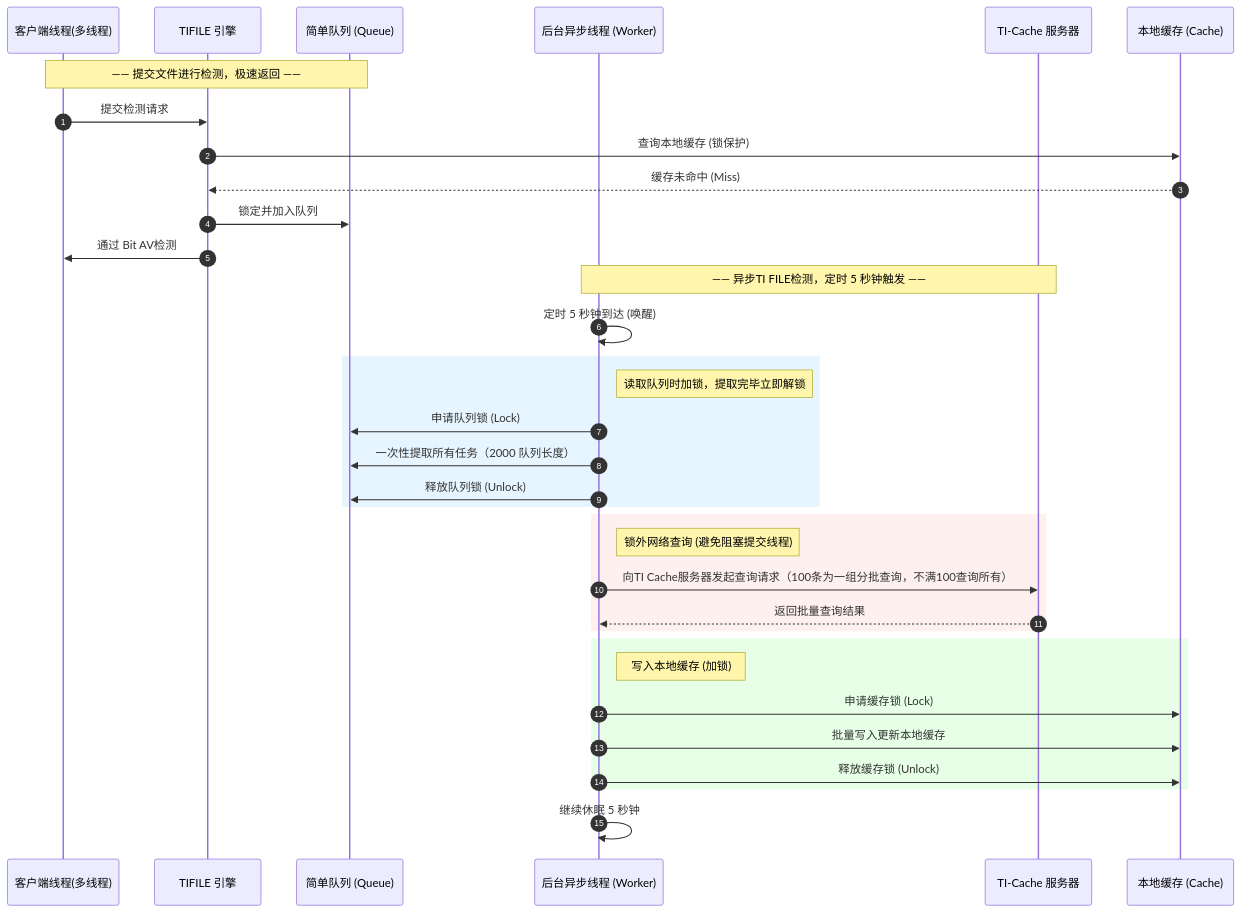
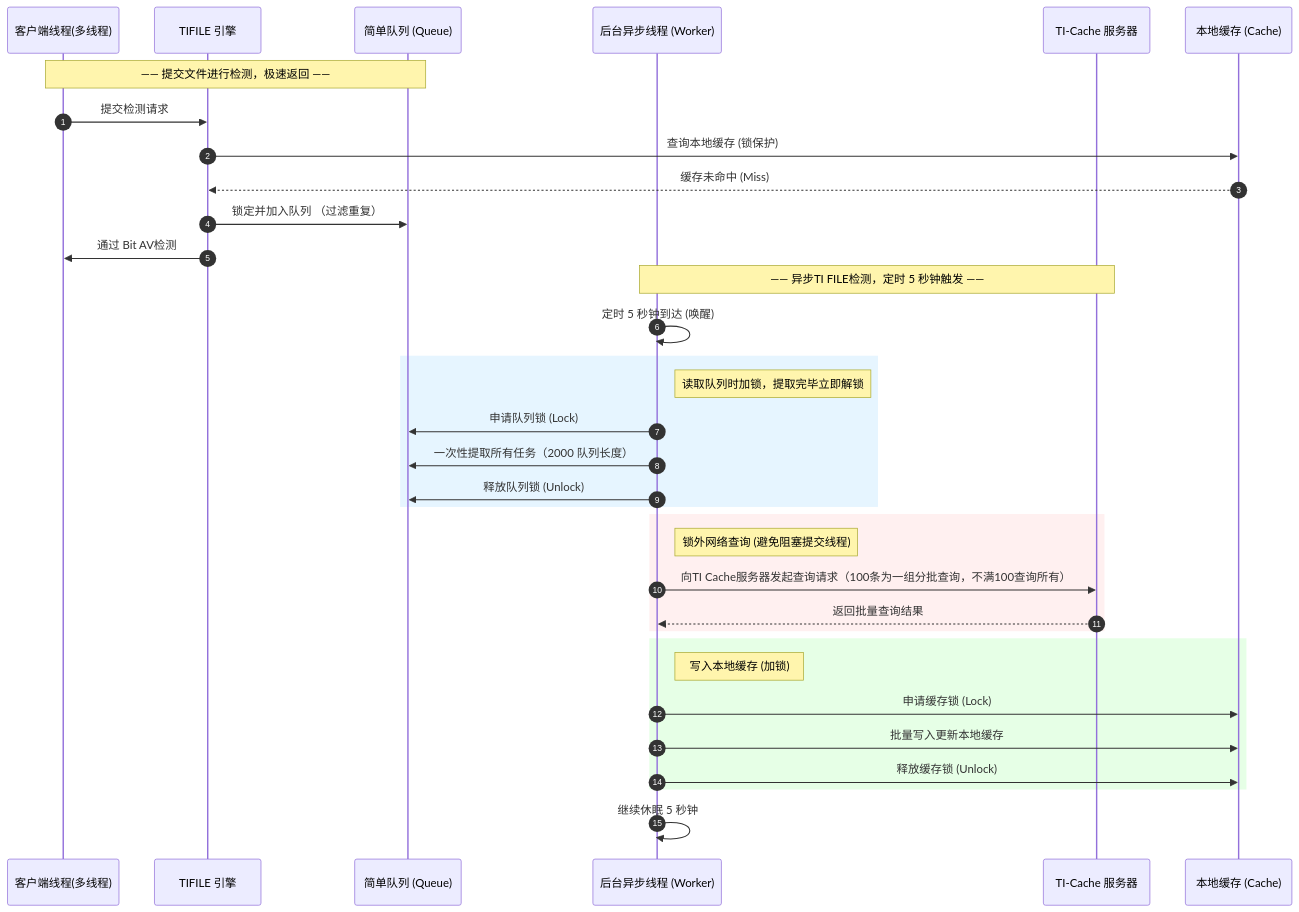
The diagram in README.md (hanlinjay/my_exam), drawn with Mermaid before and after one commit.

````diff
--- a/README.md
+++ b/README.md
@@ -1,41 +1,41 @@
 ```mermaid
 sequenceDiagram
     autonumber
     participant Client as 客户端线程(多线程)
     participant TIFILE as TIFILE 引擎
     participant Queue as 简单队列 (Queue)
     participant Async as 后台异步线程 (Worker)
     participant TICache as TI-Cache 服务器
     participant Cache as 本地缓存 (Cache)
 
     Note over Client, Queue: —— 提交文件进行检测，极速返回 ——
     Client->>TIFILE: 提交检测请求
     TIFILE->>Cache: 查询本地缓存 (锁保护)
     Cache-->>TIFILE: 缓存未命中 (Miss)
-    TIFILE->>Queue: 锁定并加入队列 
+    TIFILE->>Queue: 锁定并加入队列 （过滤重复）
     TIFILE->>Client: 通过 Bit AV检测
     
     Note over Async, TICache: —— 异步TI FILE检测，定时 5 秒钟触发 ——
     Async->>Async: 定时 5 秒钟到达 (唤醒)
     rect rgb(230, 245, 255)
         Note right of Async: 读取队列时加锁，提取完毕立即解锁
         Async->>Queue: 申请队列锁 (Lock)
         Async->>Queue: 一次性提取所有任务（2000 队列长度）
         Async->>Queue: 释放队列锁 (Unlock)
     end
     
     rect rgb(255, 240, 240)
         Note right of Async: 锁外网络查询 (避免阻塞提交线程)
         Async->>TICache: 向TI Cache服务器发起查询请求（100条为一组分批查询，不满100查询所有）
         TICache-->>Async: 返回批量查询结果
     end
 
     rect rgb(230, 255, 230)
         Note right of Async: 写入本地缓存 (加锁)
         Async->>Cache: 申请缓存锁 (Lock)
         Async->>Cache: 批量写入更新本地缓存
         Async->>Cache: 释放缓存锁 (Unlock)
     end
     
     Async->>Async: 继续休眠 5 秒钟
 ```
````
